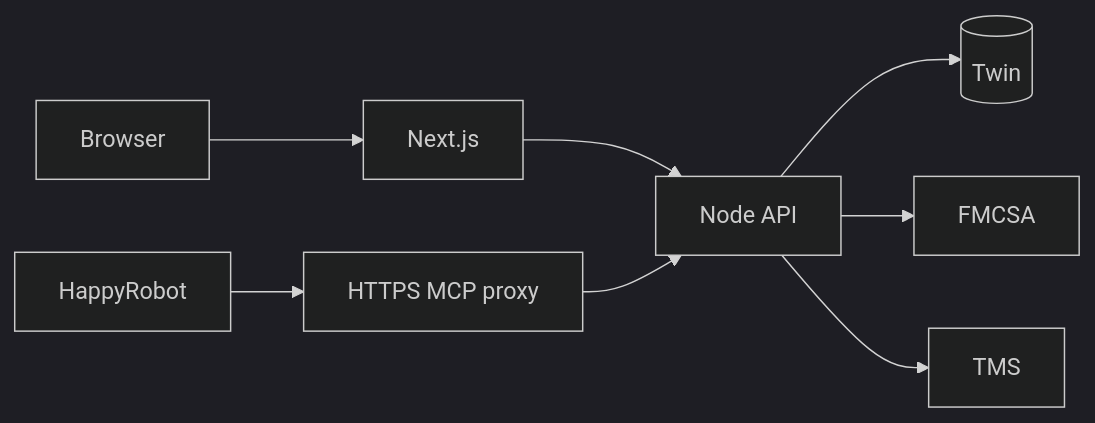
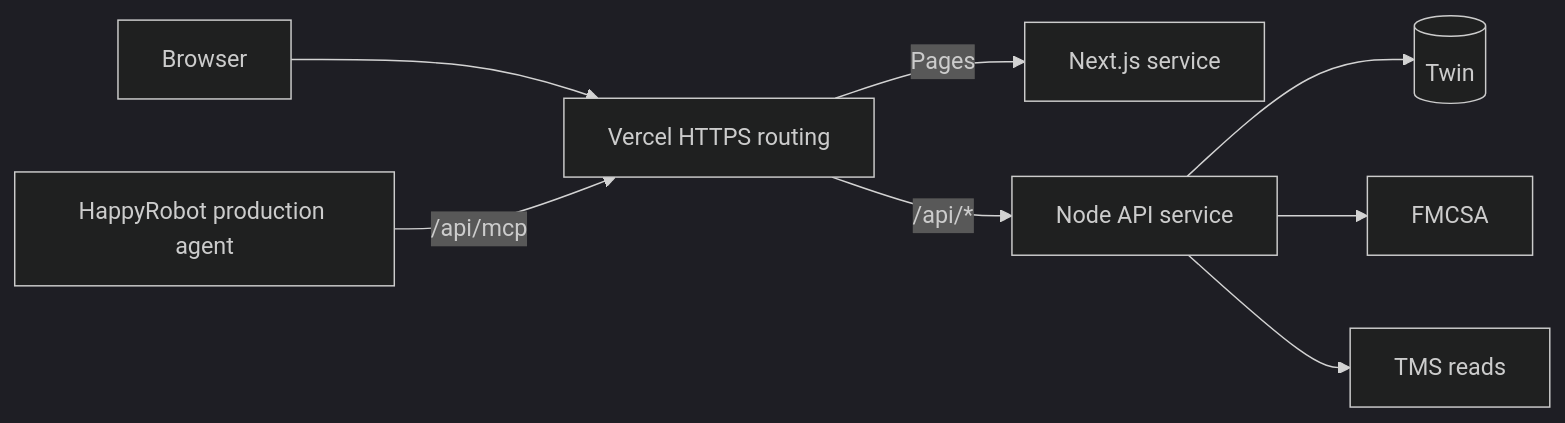
Before and after one commit to chalex-eth/happyrobot-fde: the diagram in README.md, drawn with Mermaid (dark theme). The commit also changed other lines of this file and 7 other files, not shown here.

````diff
--- a/README.md
+++ b/README.md
@@ -75,10 +75,10 @@
 ```mermaid
 flowchart LR
-  Browser[Browser] --> Web[Next.js]
-  Web --> API[Node API]
-  HR[HappyRobot] --> MCP[HTTPS MCP proxy]
-  MCP --> API
+  Browser[Browser] --> Vercel[Vercel HTTPS routing]
+  HR[HappyRobot production agent] -->|/api/mcp| Vercel
+  Vercel -->|Pages| Web[Next.js service]
+  Vercel -->|/api/*| API[Node API service]
   API --> Twin[(Twin)]
   API --> FMCSA[FMCSA]
-  API --> TMS[TMS]
+  API --> TMS[TMS reads]
 ```
````
